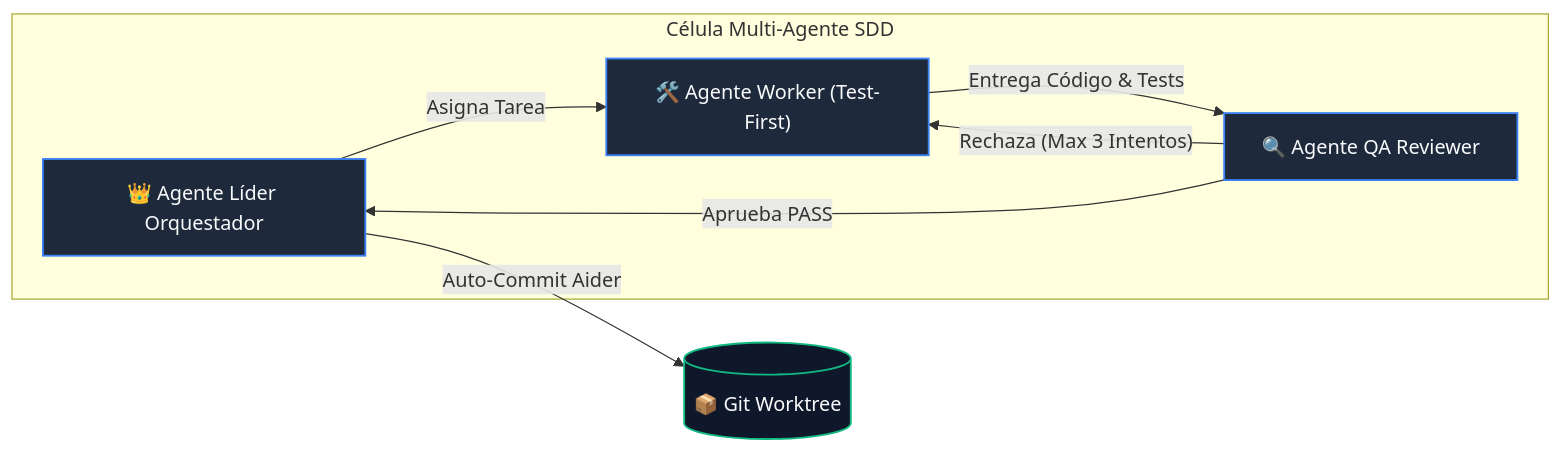
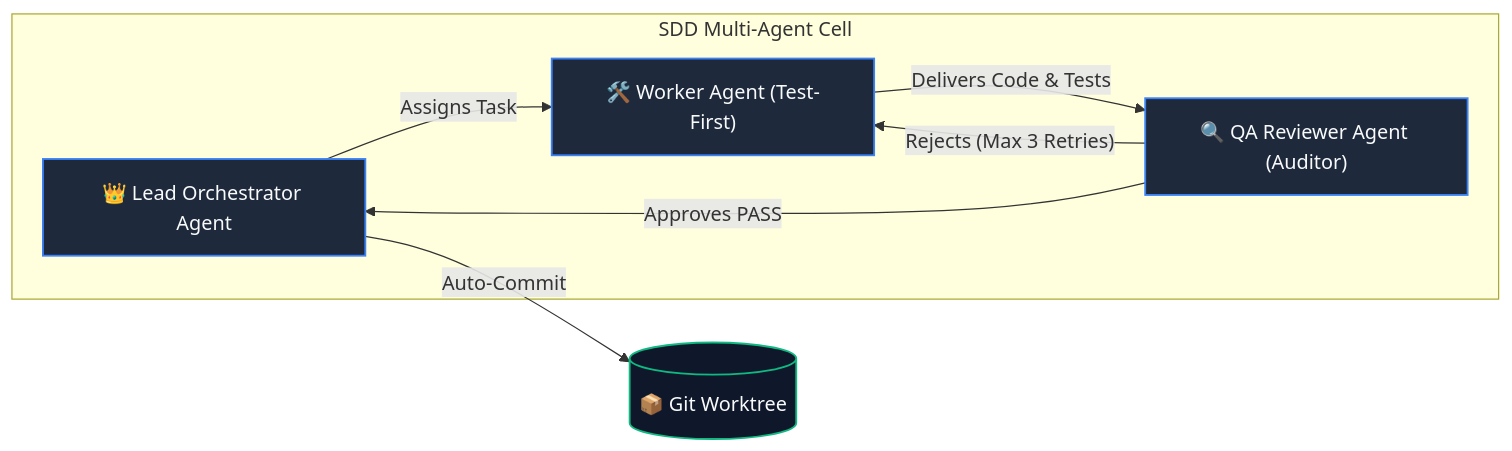
Before and after one commit to EzeCuccorese/ia-spec-ops-engine: the diagram in docs/sdd/architecture.md, drawn with Mermaid. The commit also changed other lines of this file and 47 other files, not shown here.

````diff
--- a/docs/sdd/architecture.md
+++ b/docs/sdd/architecture.md
@@ -11,20 +11,20 @@
 ```mermaid
 flowchart LR
-    subgraph CELL ["Célula Multi-Agente SDD"]
-        LEADER["👑 Agente Líder Orquestador"]
-        WORKER["🛠️ Agente Worker (Test-First)"]
-        QA["🔍 Agente QA Reviewer"]
+    subgraph CELL ["SDD Multi-Agent Cell"]
+        LEADER["👑 Lead Orchestrator Agent"]
+        WORKER["🛠️ Worker Agent (Test-First)"]
+        QA["🔍 QA Reviewer Agent (Auditor)"]
     end
     GIT[("📦 Git Worktree")]
 
-    LEADER -->|"Asigna Tarea"| WORKER
-    WORKER -->|"Entrega Código & Tests"| QA
-    QA -->|"Rechaza (Max 3 Intentos)"| WORKER
-    QA -->|"Aprueba PASS"| LEADER
-    LEADER -->|"Auto-Commit Aider"| GIT
+    LEADER -->|"Assigns Task"| WORKER
+    WORKER -->|"Delivers Code & Tests"| QA
+    QA -->|"Rejects (Max 3 Retries)"| WORKER
+    QA -->|"Approves PASS"| LEADER
+    LEADER -->|"Auto-Commit"| GIT
 
     classDef cellBox fill:#1e293b,stroke:#3b82f6,stroke-width:1.5px,color:#f8fafc;
     classDef gitBox fill:#0f172a,stroke:#10b981,stroke-width:1.5px,color:#f8fafc;
     class LEADER,WORKER,QA cellBox;
     class GIT gitBox;
 ```
````
